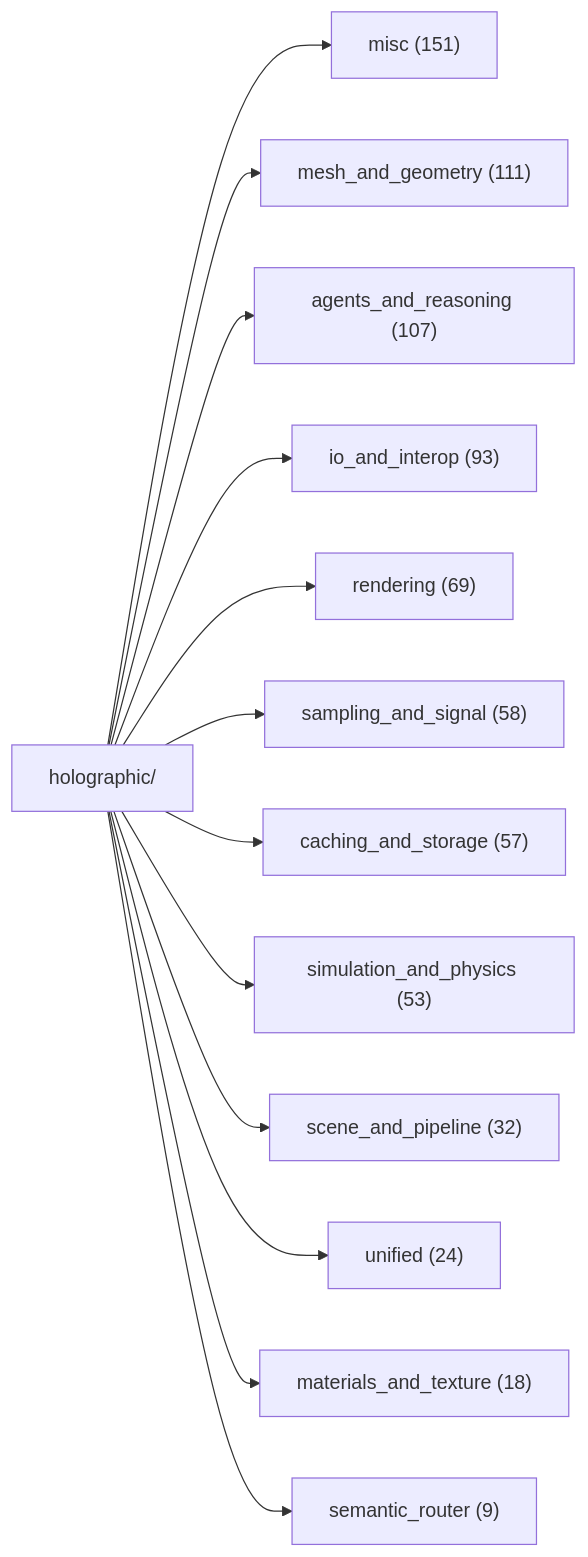
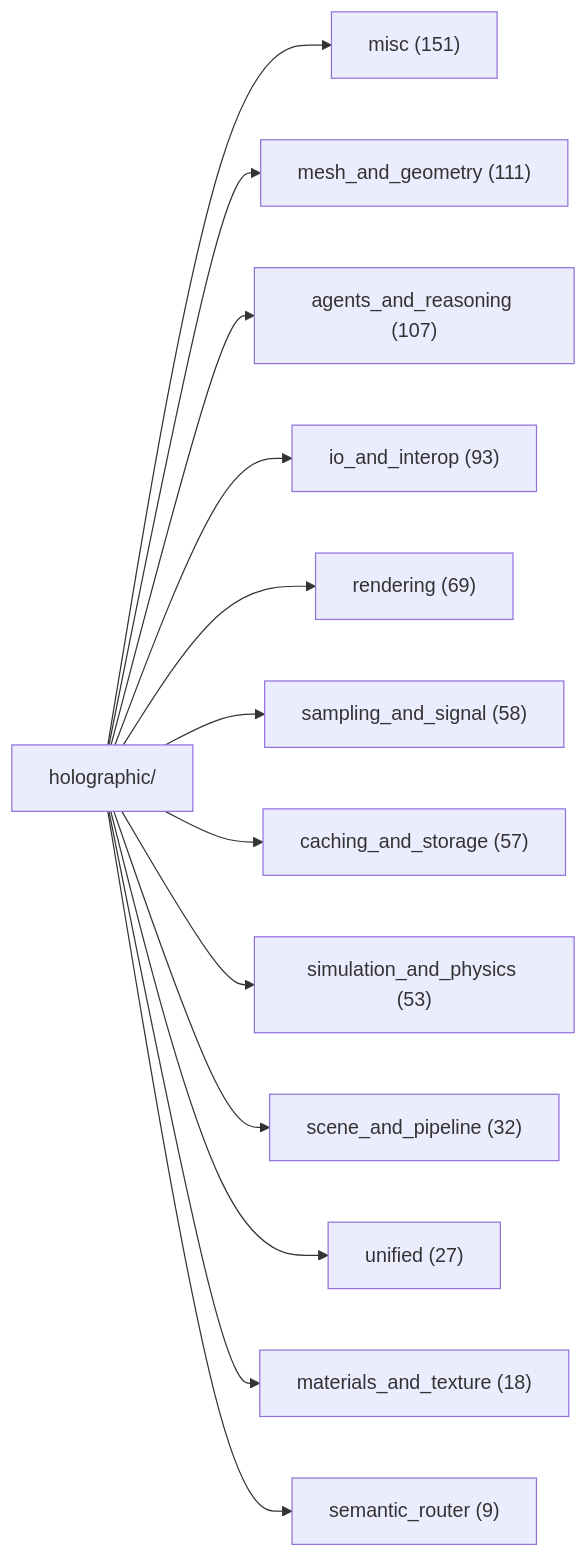
One commit to AnOversizedMooseWithSocks/leCore changed the first of 2 diagrams in docs/DOC_MAP.md. Above: the diagram before and after it, drawn with Mermaid. The commit also changed other lines of this file and 10 other files, not shown here.

````diff
--- a/docs/DOC_MAP.md
+++ b/docs/DOC_MAP.md
@@ -39,16 +39,16 @@
 ```mermaid
 graph LR
     H[holographic/]
     H --> misc["misc (151)"]
     H --> mesh["mesh_and_geometry (111)"]
     H --> agen["agents_and_reasoning (107)"]
     H --> io_a["io_and_interop (93)"]
     H --> rend["rendering (69)"]
     H --> samp["sampling_and_signal (58)"]
     H --> cach["caching_and_storage (57)"]
     H --> simu["simulation_and_physics (53)"]
     H --> scen["scene_and_pipeline (32)"]
-    H --> unif["unified (24)"]
+    H --> unif["unified (27)"]
     H --> mate["materials_and_texture (18)"]
     H --> sema["semantic_router (9)"]
 ```
````
